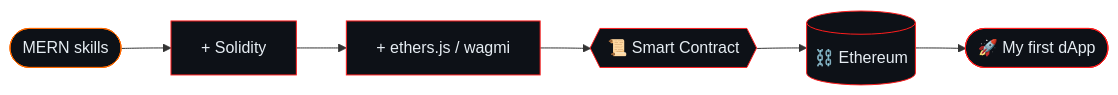
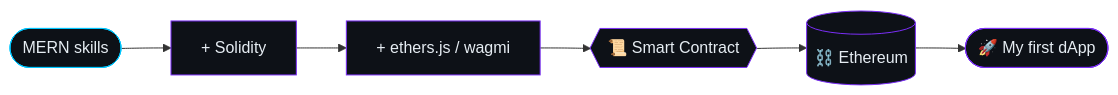
The second of 3 diagrams in README.md (Mayur-Bhil/Mayur-Bhil), drawn with Mermaid before and after one commit. The commit also changed other lines of this file, not shown here.

````diff
--- a/README.md
+++ b/README.md
@@ -92,12 +92,12 @@
 ```mermaid
 flowchart LR
     A([MERN skills]) --> B[+ Solidity]
     B --> C[+ ethers.js / wagmi]
     C --> D{{📜 Smart Contract}}
     D --> E[(⛓️ Ethereum)]
     E --> F([🚀 My first dApp])
-    classDef web2 fill:#0d1117,stroke:#FF6A00,color:#e6edf3
-    classDef web3 fill:#0d1117,stroke:#FF1E1E,color:#e6edf3
+    classDef web2 fill:#0d1117,stroke:#00C6FF,color:#e6edf3
+    classDef web3 fill:#0d1117,stroke:#7B2FF7,color:#e6edf3
     class A web2
     class B,C,D,E,F web3
 ```
````
